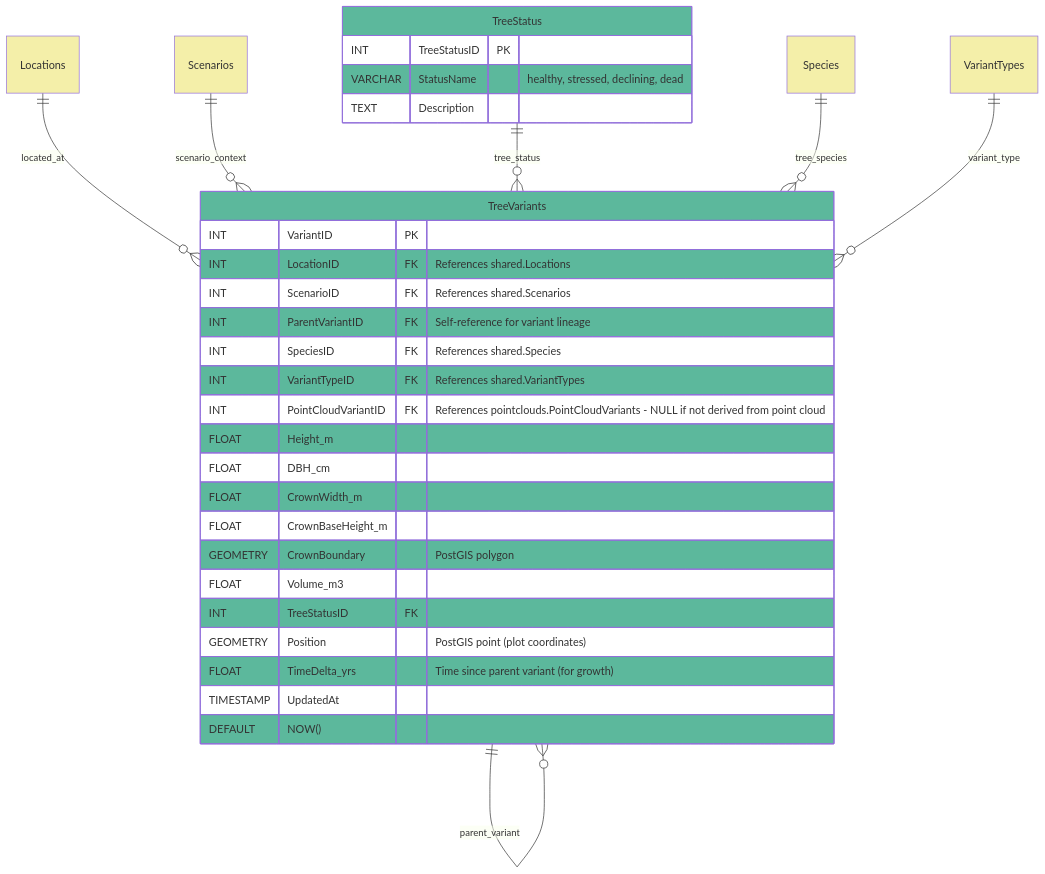
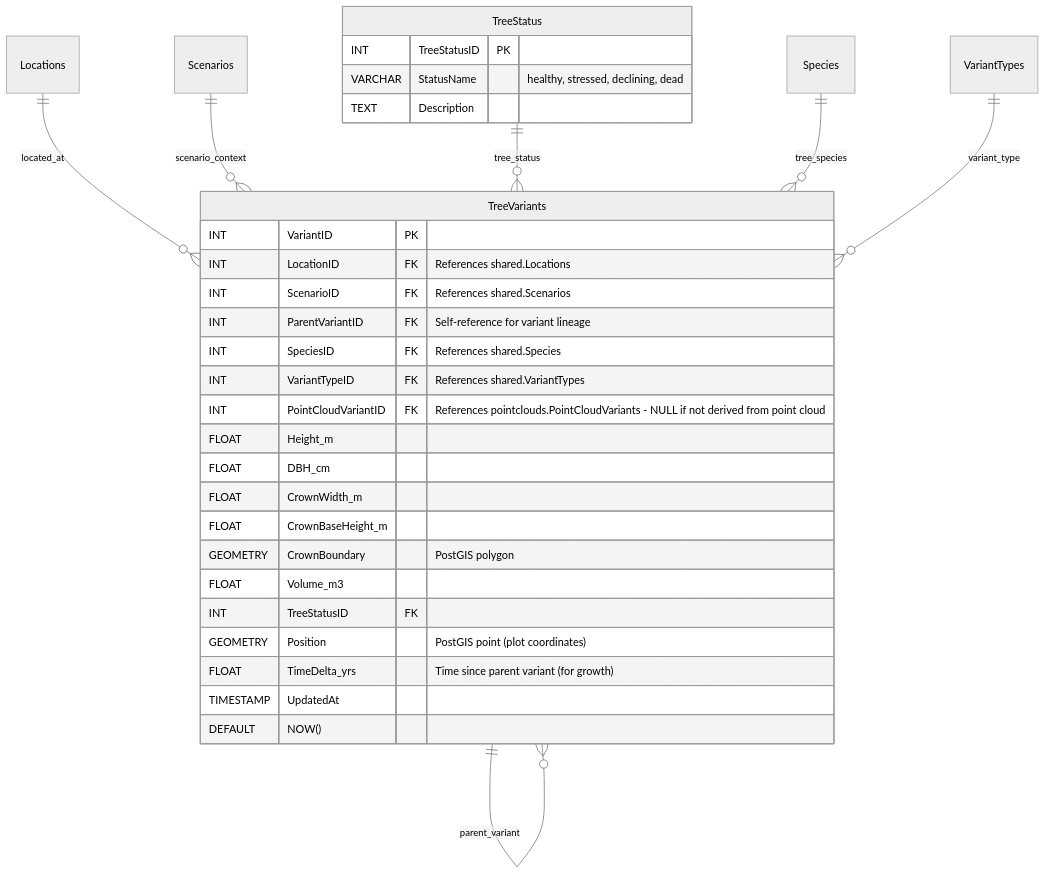
One commit to XRFutureForests/digital-twin-db changed the sixth of 8 diagrams in docs/architecture/database.md. Above: the diagram before and after it, drawn with Mermaid. The commit also changed other lines of this file and 3 other files, not shown here.

````diff
--- a/docs/architecture/database.md
+++ b/docs/architecture/database.md
@@ -206,45 +244,43 @@
 ```mermaid
+%%{init: {
+  "theme": "neutral"
+}}%%
 erDiagram
     Locations
     Species
     VariantTypes
     Scenarios
 
     TreeStatus {
         INT TreeStatusID PK
         VARCHAR StatusName "healthy, stressed, declining, dead"
         TEXT Description
     }
 
     TreeVariants {
         INT VariantID PK
         INT LocationID FK "References shared.Locations"
         INT ScenarioID FK "References shared.Scenarios"
         INT ParentVariantID FK "Self-reference for variant lineage"
         INT SpeciesID FK "References shared.Species"
         INT VariantTypeID FK "References shared.VariantTypes"
         INT PointCloudVariantID FK "References pointclouds.PointCloudVariants - NULL if not derived from point cloud"
         FLOAT Height_m
         FLOAT DBH_cm
         FLOAT CrownWidth_m
         FLOAT CrownBaseHeight_m
         GEOMETRY CrownBoundary "PostGIS polygon"
         FLOAT Volume_m3
         INT TreeStatusID FK
         GEOMETRY Position "PostGIS point (plot coordinates)"
         FLOAT TimeDelta_yrs "Time since parent variant (for growth)"
         TIMESTAMP UpdatedAt DEFAULT NOW()
     }
 
     Locations ||--o{ TreeVariants : located_at
     Scenarios ||--o{ TreeVariants : scenario_context
     TreeStatus ||--o{ TreeVariants : tree_status
     Species ||--o{ TreeVariants : tree_species
     VariantTypes ||--o{ TreeVariants : variant_type
     TreeVariants ||--o{ TreeVariants : parent_variant
-
-    classDef shared fill:#F4EFA9
-    classDef tree fill:#5CB89C
-    class Locations,Species,VariantTypes,Scenarios shared
-    class TreeStatus,TreeVariants tree
 ```
````
